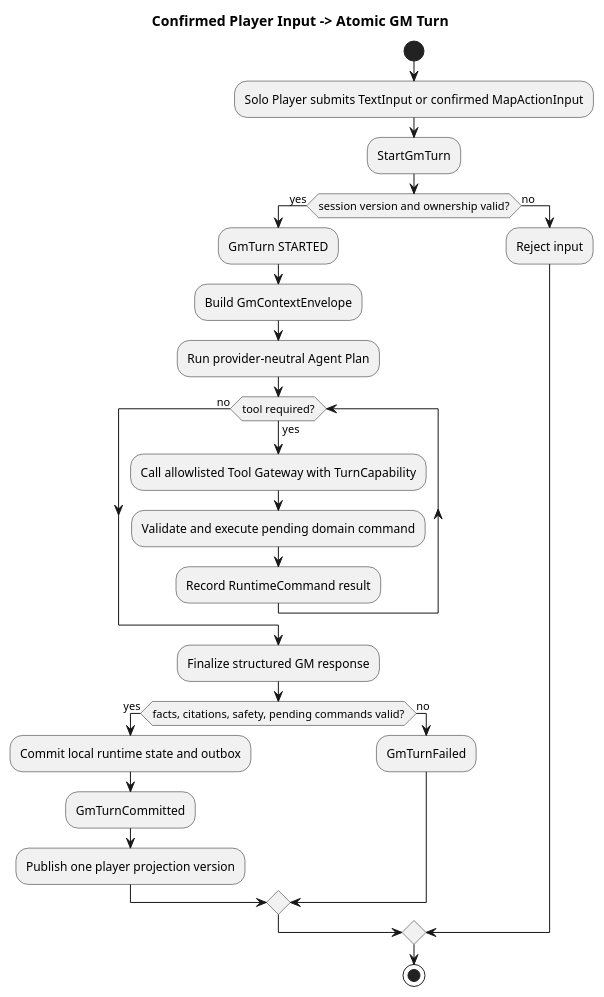
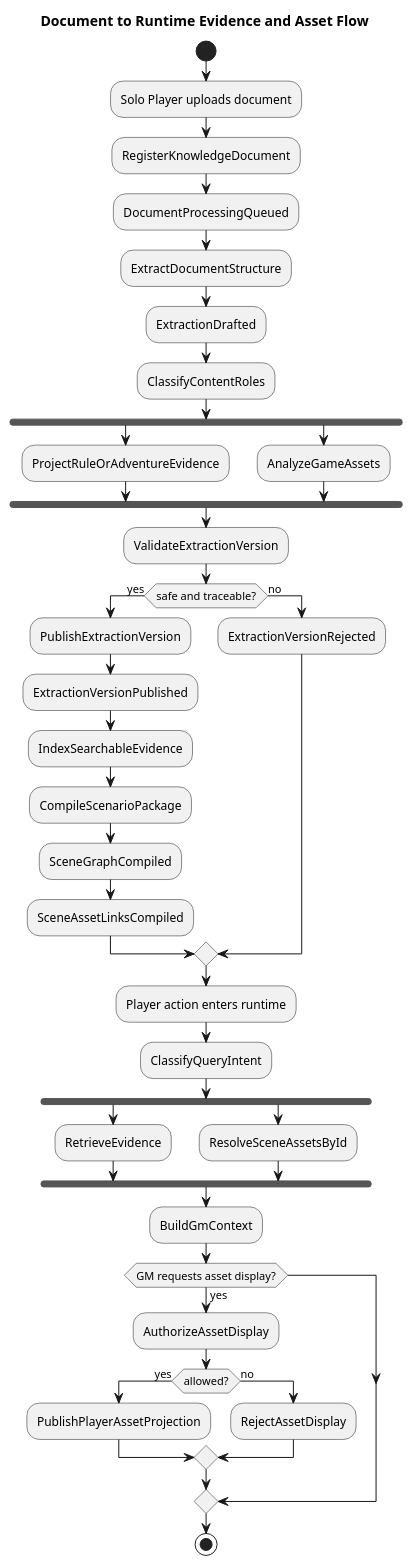
One commit to omegafrog/dnd-master changed the first of 3 diagrams in docs/specs/architecture-spec.md. Above: the diagram before and after it, drawn with PlantUML. The commit also changed other lines of this file and 13 other files, not shown here.

Commit message:
docs: plan GM knowledge and asset system

````diff
--- a/docs/specs/architecture-spec.md
+++ b/docs/specs/architecture-spec.md
@@ -43,29 +48,46 @@
 ```plantuml
 @startuml
-title Confirmed Player Input -> Atomic GM Turn
+title Document to Runtime Evidence and Asset Flow
 start
-:Solo Player submits TextInput or confirmed MapActionInput;
-:StartGmTurn;
-if (session version and ownership valid?) then (yes)
-  :GmTurn STARTED;
-  :Build GmContextEnvelope;
-  :Run provider-neutral Agent Plan;
-  while (tool required?) is (yes)
-    :Call allowlisted Tool Gateway with TurnCapability;
-    :Validate and execute pending domain command;
-    :Record RuntimeCommand result;
-  endwhile (no)
-  :Finalize structured GM response;
-  if (facts, citations, safety, pending commands valid?) then (yes)
-    :Commit local runtime state and outbox;
-    :GmTurnCommitted;
-    :Publish one player projection version;
+:Solo Player uploads document;
+:RegisterKnowledgeDocument;
+:DocumentProcessingQueued;
+:ExtractDocumentStructure;
+:ExtractionDrafted;
+:ClassifyContentRoles;
+fork
+  :ProjectRuleOrAdventureEvidence;
+fork again
+  :AnalyzeGameAssets;
+end fork
+:ValidateExtractionVersion;
+if (safe and traceable?) then (yes)
+  :PublishExtractionVersion;
+  :ExtractionVersionPublished;
+  :IndexSearchableEvidence;
+  :CompileScenarioPackage;
+  :SceneGraphCompiled;
+  :SceneAssetLinksCompiled;
+else (no)
+  :ExtractionVersionRejected;
+endif
+
+:Player action enters runtime;
+:ClassifyQueryIntent;
+fork
+  :RetrieveEvidence;
+fork again
+  :ResolveSceneAssetsById;
+end fork
+:BuildGmContext;
+if (GM requests asset display?) then (yes)
+  :AuthorizeAssetDisplay;
+  if (allowed?) then (yes)
+    :PublishPlayerAssetProjection;
   else (no)
-    :GmTurnFailed;
+    :RejectAssetDisplay;
   endif
-else (no)
-  :Reject input;
 endif
 stop
 @enduml
 ```
````
